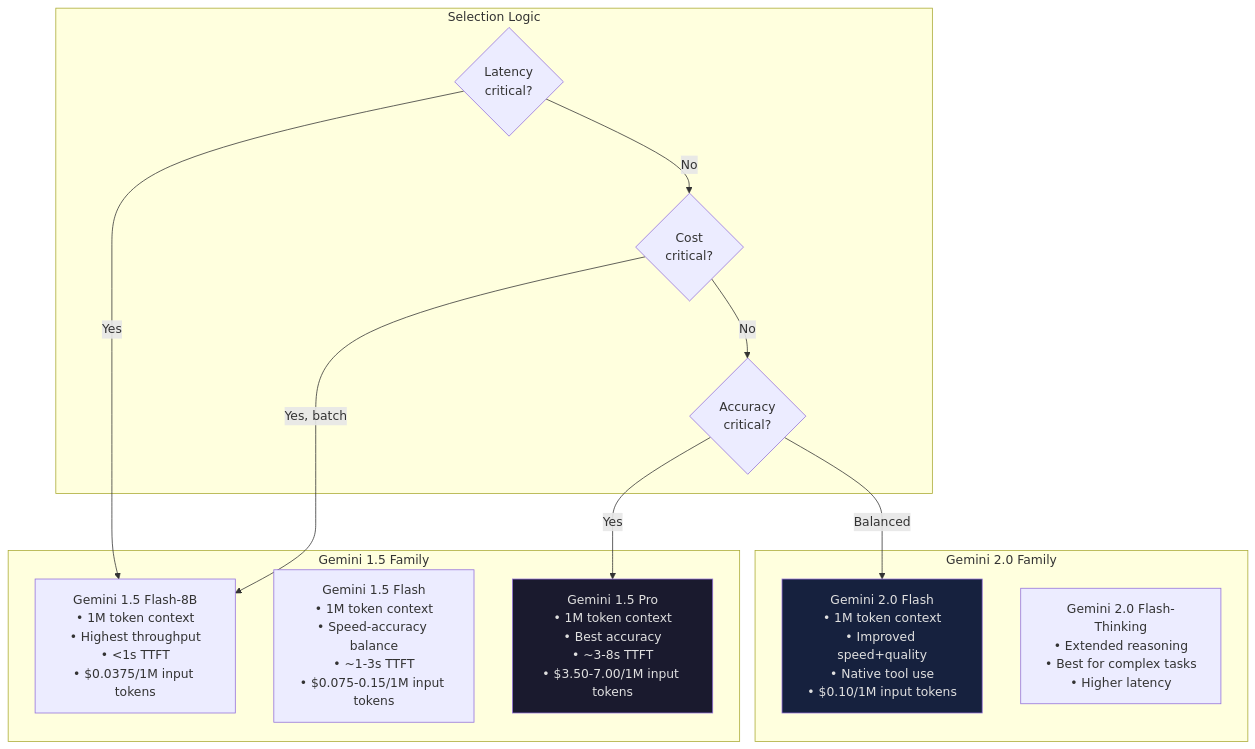
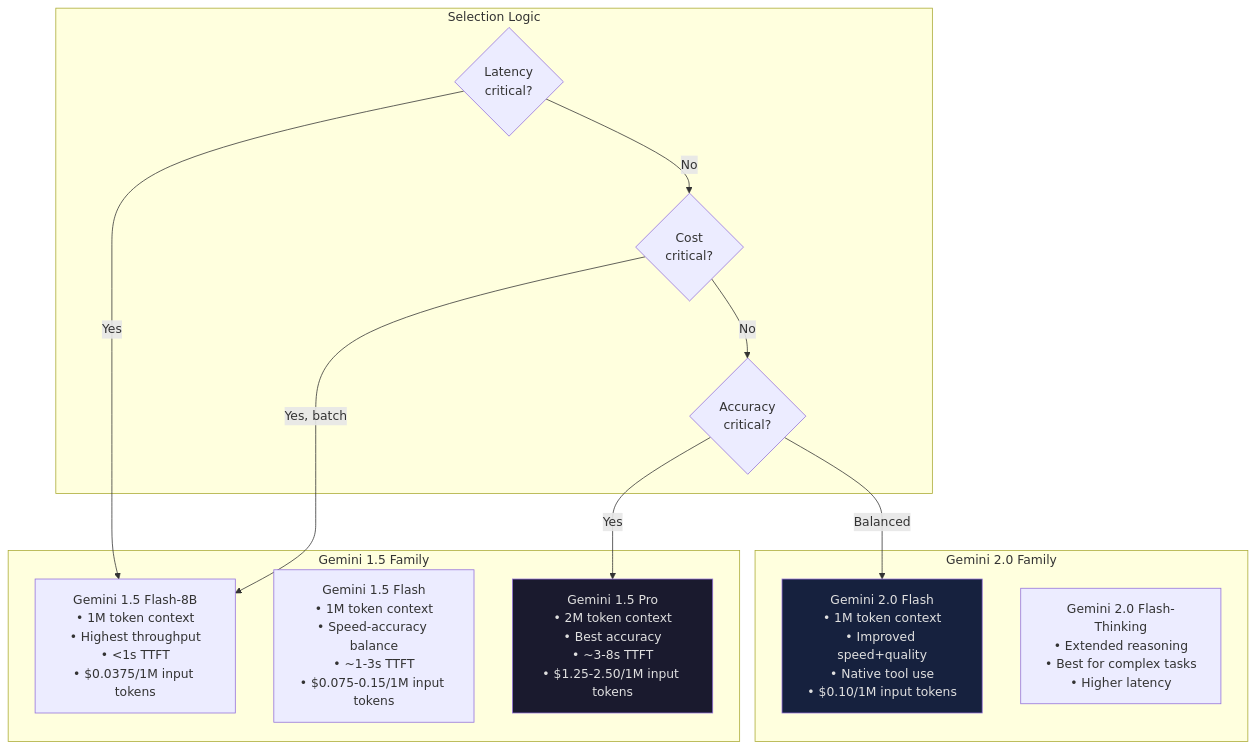
One commit to blebleblee/synapse changed the third of 4 diagrams in topics/computing/ai/gemini_and_multimodal_apis/lesson_04_performance_optimization_techniques.md. Above: the diagram before and after it, drawn with Mermaid. The commit also changed other lines of this file and 138 other files, not shown here.

````diff
--- a/topics/computing/ai/gemini_and_multimodal_apis/lesson_04_performance_optimization_techniques.md
+++ b/topics/computing/ai/gemini_and_multimodal_apis/lesson_04_performance_optimization_techniques.md
@@ -728,29 +730,29 @@
 ```mermaid
 graph TD
     subgraph sub_gemini_1_5_family ["Gemini 1.5 Family"]
-        P["Gemini 1.5 Pro\n• 1M token context\n• Best accuracy\n• ~3-8s TTFT\n• $3.50-7.00/1M input tokens"]
+        P["Gemini 1.5 Pro\n• 2M token context\n• Best accuracy\n• ~3-8s TTFT\n• $1.25-2.50/1M input tokens"]
         F["Gemini 1.5 Flash\n• 1M token context\n• Speed-accuracy balance\n• ~1-3s TTFT\n• $0.075-0.15/1M input tokens"]
         F8["Gemini 1.5 Flash-8B\n• 1M token context\n• Highest throughput\n• <1s TTFT\n• $0.0375/1M input tokens"]
     end
 
     subgraph sub_gemini_2_0_family ["Gemini 2.0 Family"]
         G2F["Gemini 2.0 Flash\n• 1M token context\n• Improved speed+quality\n• Native tool use\n• $0.10/1M input tokens"]
         G2FT["Gemini 2.0 Flash-Thinking\n• Extended reasoning\n• Best for complex tasks\n• Higher latency"]
     end
 
     subgraph sub_selection_logic ["Selection Logic"]
         Q1{"Latency\ncritical?"}
         Q2{"Cost\ncritical?"}
         Q3{"Accuracy\ncritical?"}
 
         Q1 -->|"Yes"| F8
         Q1 -->|"No"| Q2
         Q2 -->|"Yes, batch"| F8
         Q2 -->|"No"| Q3
         Q3 -->|"Yes"| P
         Q3 -->|"Balanced"| G2F
     end
 
     style P fill:#1a1a2e,color:#e0e0e0
     style G2F fill:#16213e,color:#e0e0e0
 ```
````
